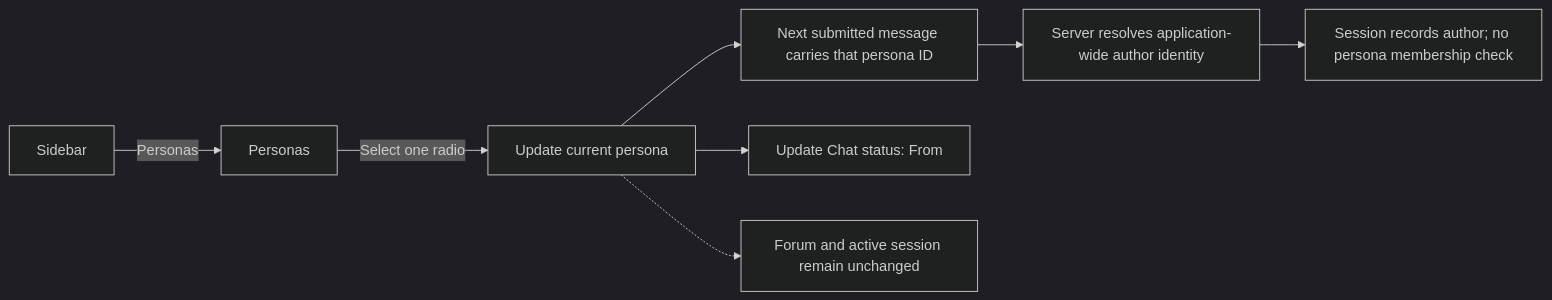
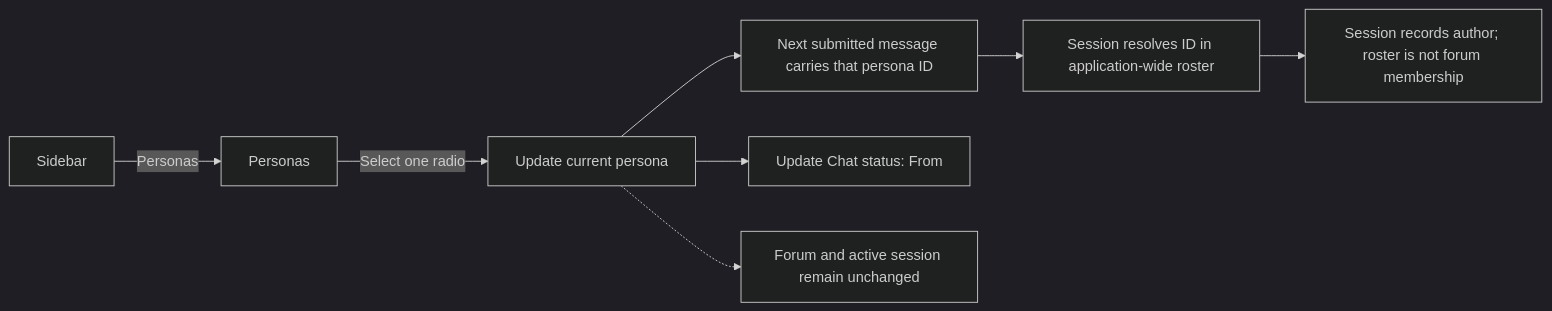
One commit to michaelpopov/cha changed the fourth of 5 diagrams in docs/web-ui/flows.md. Above: the diagram before and after it, drawn with Mermaid (dark theme). The commit also changed other lines of this file and 25 other files, not shown here.

````diff
--- a/docs/web-ui/flows.md
+++ b/docs/web-ui/flows.md
@@ -52,10 +52,10 @@
 ```mermaid
 flowchart LR
     Sidebar["Sidebar"] -->|"Personas"| Personas["Personas"]
     Personas -->|"Select one radio"| Current["Update current persona"]
     Current --> Next["Next submitted message carries that persona ID"]
-    Next --> Resolve["Server resolves application-wide author identity"]
-    Resolve --> Session["Session records author; no persona membership check"]
+    Next --> Resolve["Session resolves ID in application-wide roster"]
+    Resolve --> Session["Session records author; roster is not forum membership"]
     Current --> Status["Update Chat status: From"]
     Current -.-> Unchanged["Forum and active session remain unchanged"]
 ```
````
